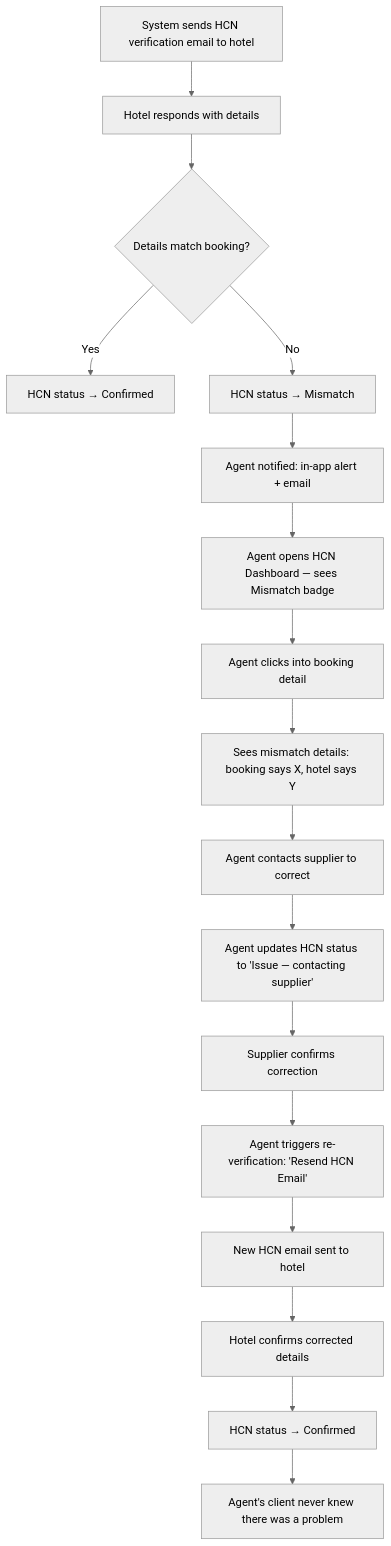
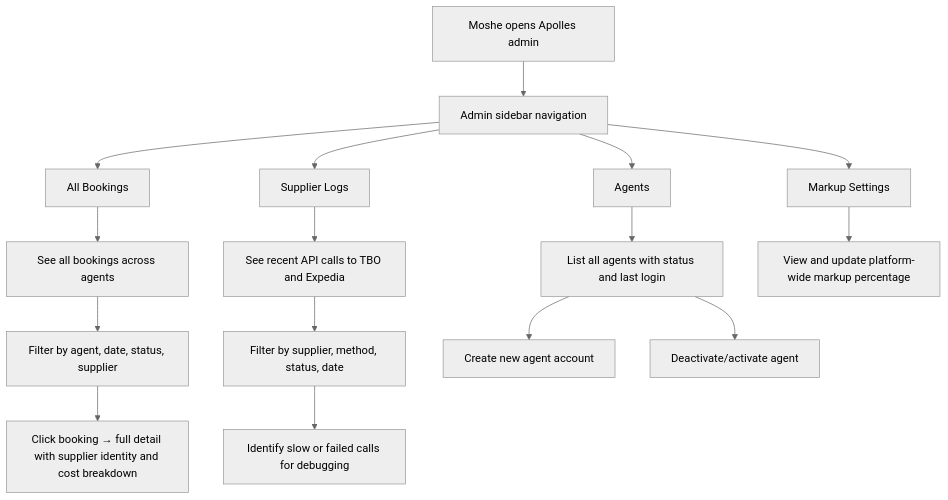
The third of 3 diagrams in _bmad-output/planning-artifacts/ux-design-specification.md (moshezbusy/apolles), drawn with Mermaid (neutral theme) before and after one commit. The commit also changed other lines of this file and 6 other files, not shown here.

First line of the commit message:
Align all planning artifacts to approved lean dual-supplier MVP

````diff
--- a/_bmad-output/planning-artifacts/ux-design-specification.md
+++ b/_bmad-output/planning-artifacts/ux-design-specification.md
@@ -842,19 +1285,22 @@
 ```mermaid
 flowchart TD
-    A[System sends HCN verification email to hotel] --> B[Hotel responds with details]
-    B --> C{Details match booking?}
-    C -->|Yes| D[HCN status → Confirmed]
-    C -->|No| E[HCN status → Mismatch]
-    E --> F[Agent notified: in-app alert + email]
-    F --> G[Agent opens HCN Dashboard — sees Mismatch badge]
-    G --> H[Agent clicks into booking detail]
-    H --> I[Sees mismatch details: booking says X, hotel says Y]
-    I --> J[Agent contacts supplier to correct]
-    J --> K[Agent updates HCN status to 'Issue — contacting supplier']
-    K --> L[Supplier confirms correction]
-    L --> M[Agent triggers re-verification: 'Resend HCN Email']
-    M --> N[New HCN email sent to hotel]
-    N --> O[Hotel confirms corrected details]
-    O --> P[HCN status → Confirmed]
-    P --> Q[Agent's client never knew there was a problem]
+    A[Moshe opens Apolles admin] --> B[Admin sidebar navigation]
+    
+    B --> C[All Bookings]
+    C --> D[See all bookings across agents]
+    D --> E[Filter by agent, date, status, supplier]
+    E --> F[Click booking → full detail with supplier identity and cost breakdown]
+    
+    B --> G[Supplier Logs]
+    G --> H[See recent API calls to TBO and Expedia]
+    H --> I[Filter by supplier, method, status, date]
+    I --> J[Identify slow or failed calls for debugging]
+    
+    B --> K[Agents]
+    K --> L[List all agents with status and last login]
+    L --> M[Create new agent account]
+    L --> N[Deactivate/activate agent]
+    
+    B --> O[Markup Settings]
+    O --> P[View and update platform-wide markup percentage]
 ```
````
